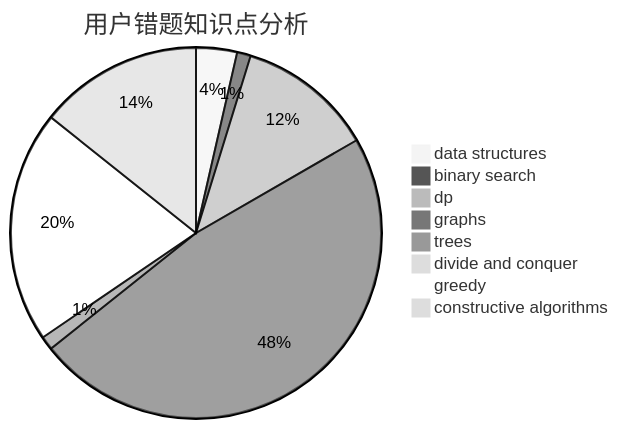
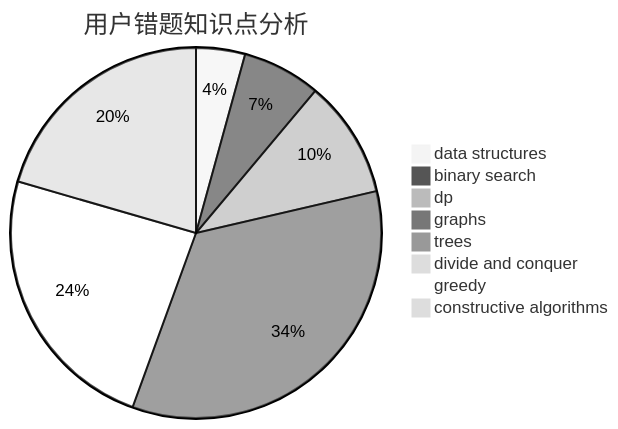
One commit to sherpahu/cfrs.github.io changed the third of 3 diagrams in docs/user/u2737.md. Above: the diagram before and after it, drawn with Mermaid (neutral theme). The commit also changed other lines of this file and 2770 other files, not shown here.

````diff
--- a/docs/user/u2737.md
+++ b/docs/user/u2737.md
@@ -36,11 +36,11 @@
 ```mermaid
 pie title 用户错题知识点分析
-    "data structures" :  3
-    "binary search" :  1
-    "dp" :  10
+    "data structures" :  5
+    "binary search" :  8
+    "dp" :  12
     "graphs" :  40
     "trees" :  1
     "divide and conquer" :  0
-    "greedy" :  17
-    "constructive algorithms" :  12
+    "greedy" :  28
+    "constructive algorithms" :  24
 ```
````
